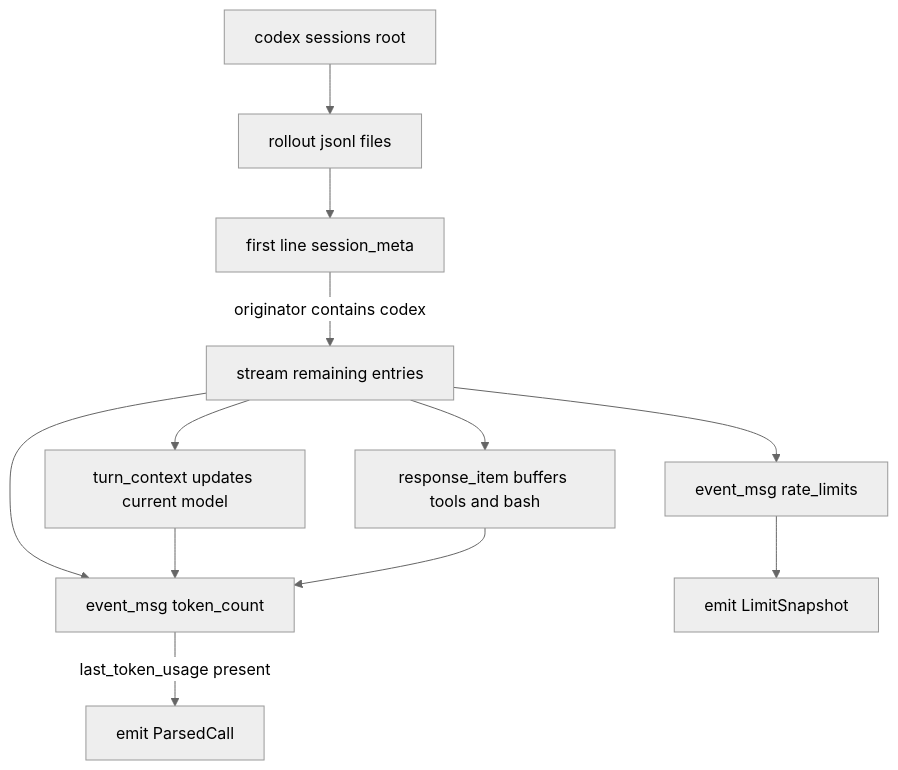
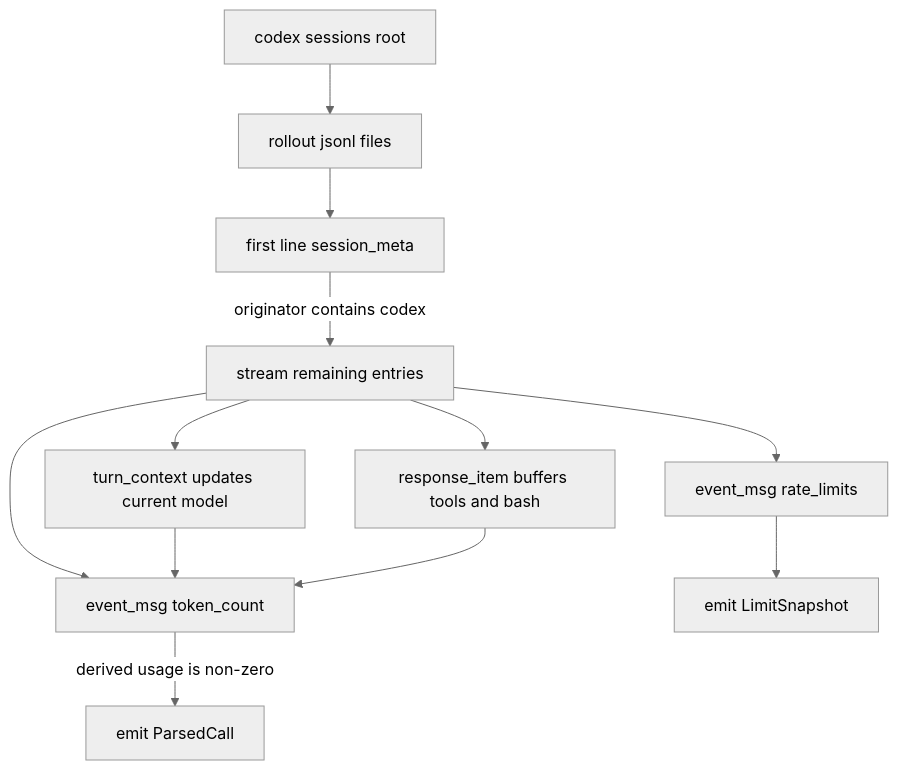
Before and after one commit to russmckendrick/tokenuse: the first of 2 diagrams in docs/development/tools/codex.md, drawn with Mermaid (neutral theme). The commit also changed other lines of this file and 2 other files, not shown here.

First line of the commit message:
fix(codex): prevent duplicate token snapshot overcount

````diff
--- a/docs/development/tools/codex.md
+++ b/docs/development/tools/codex.md
@@ -22,14 +22,14 @@
 ```mermaid
 flowchart TD
     A[codex sessions root] --> B[rollout jsonl files]
     B --> C[first line session_meta]
     C -->|originator contains codex| D[stream remaining entries]
     D --> E[turn_context updates current model]
     D --> F[response_item buffers tools and bash]
     D --> G[event_msg token_count]
     D --> I[event_msg rate_limits]
     E --> G
     F --> G
-    G -->|last_token_usage present| H[emit ParsedCall]
+    G -->|derived usage is non-zero| H[emit ParsedCall]
     I --> J[emit LimitSnapshot]
 ```
````
